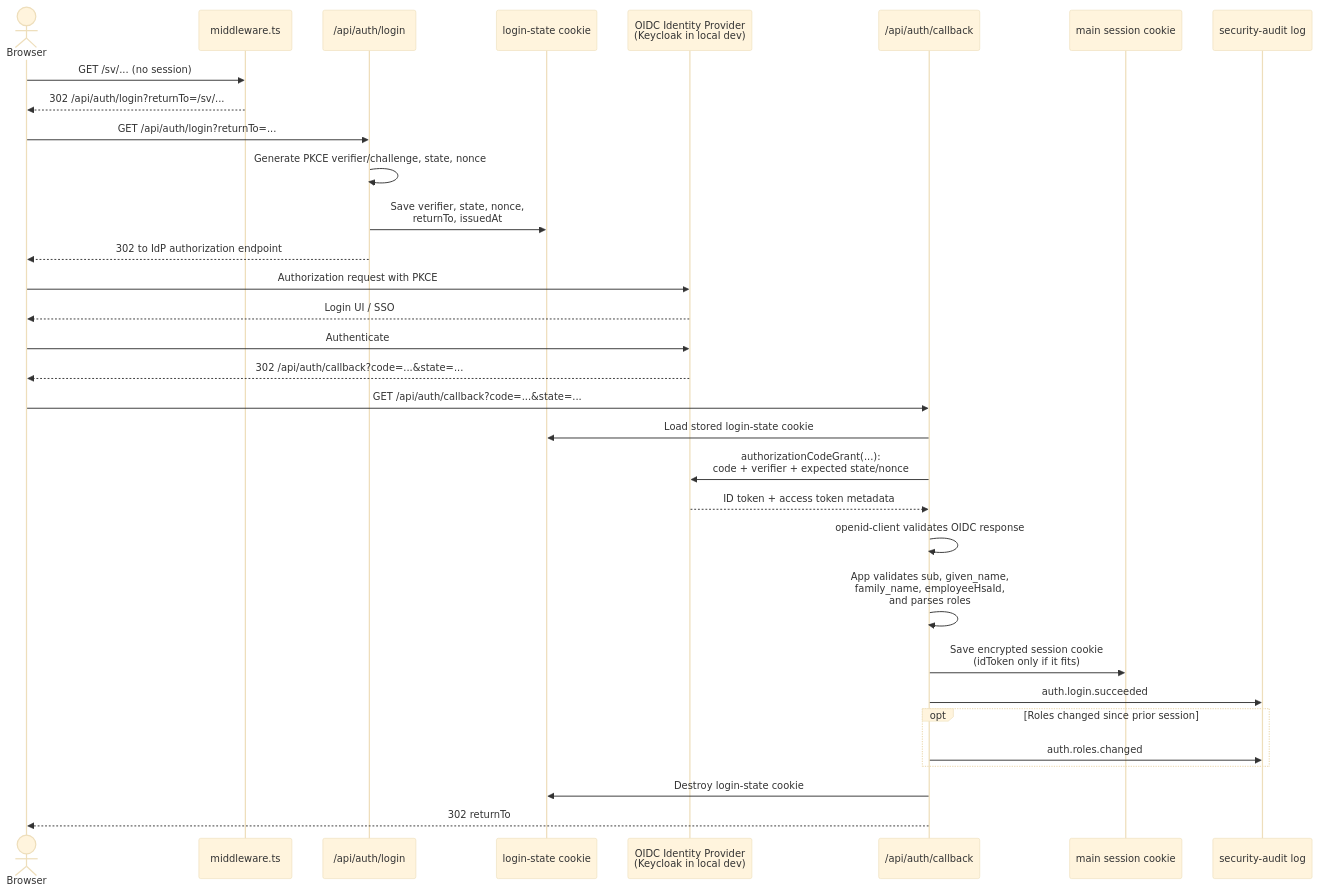
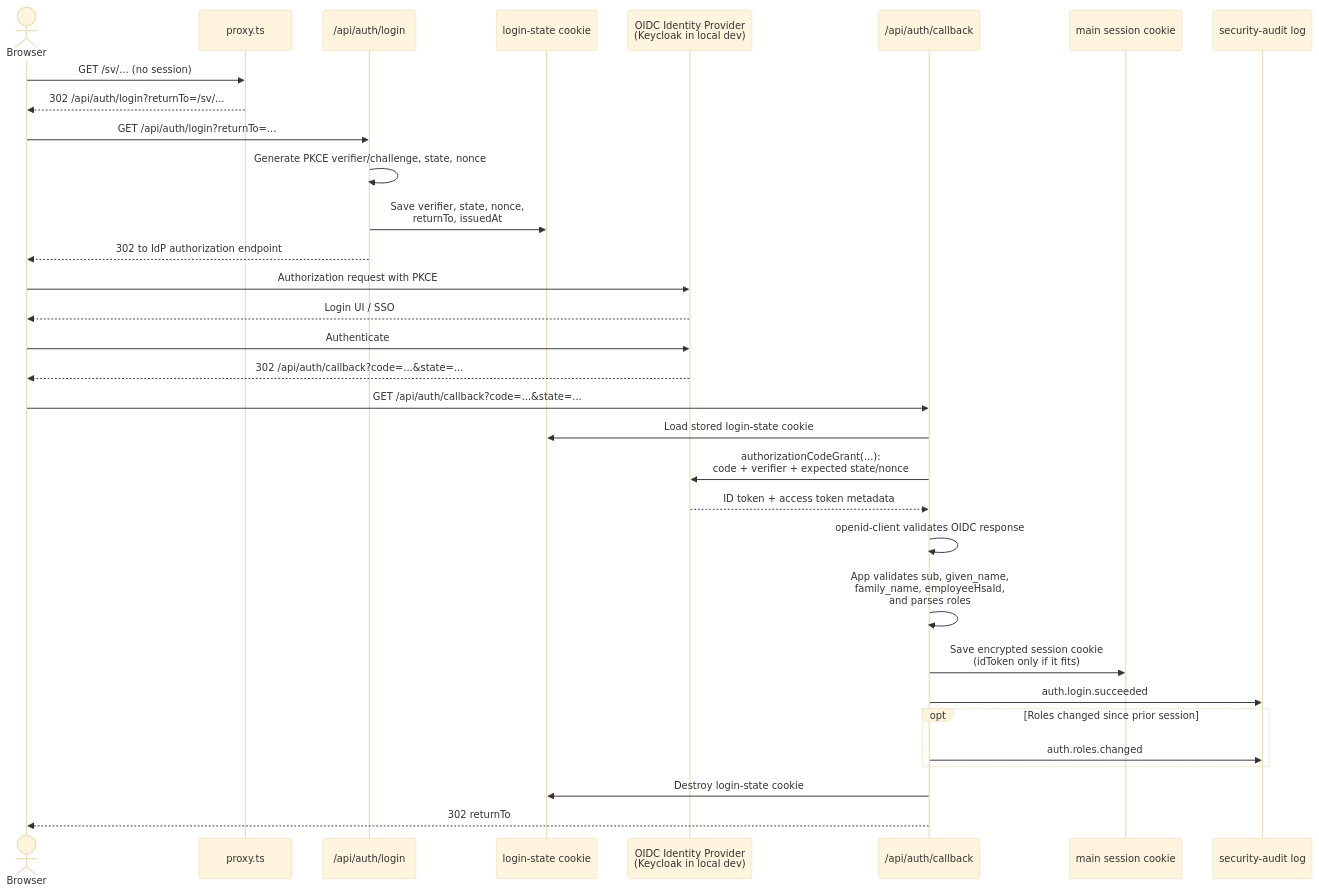
Before and after one commit to viscalyx/Kravhantering: the first of 3 diagrams in docs/auth-how-it-works.md, drawn with Mermaid (base theme). The commit also changed other lines of this file and 85 other files, not shown here.

````diff
--- a/docs/auth-how-it-works.md
+++ b/docs/auth-how-it-works.md
@@ -56,38 +56,38 @@
 ```mermaid
 sequenceDiagram
     actor Browser
-    participant Middleware as middleware.ts
+    participant Proxy as proxy.ts
     participant Login as /api/auth/login
     participant LoginState as login-state cookie
     participant IdP as OIDC Identity Provider<br/>(Keycloak in local dev)
     participant Callback as /api/auth/callback
     participant Session as main session cookie
     participant Audit as security-audit log
 
-    Browser->>Middleware: GET /sv/... (no session)
-    Middleware-->>Browser: 302 /api/auth/login?returnTo=/sv/...
+    Browser->>Proxy: GET /sv/... (no session)
+    Proxy-->>Browser: 302 /api/auth/login?returnTo=/sv/...
 
     Browser->>Login: GET /api/auth/login?returnTo=...
     Login->>Login: Generate PKCE verifier/challenge, state, nonce
     Login->>LoginState: Save verifier, state, nonce,<br/>returnTo, issuedAt
     Login-->>Browser: 302 to IdP authorization endpoint
 
     Browser->>IdP: Authorization request with PKCE
     IdP-->>Browser: Login UI / SSO
     Browser->>IdP: Authenticate
     IdP-->>Browser: 302 /api/auth/callback?code=...&state=...
 
     Browser->>Callback: GET /api/auth/callback?code=...&state=...
     Callback->>LoginState: Load stored login-state cookie
     Callback->>IdP: authorizationCodeGrant(...):<br/>code + verifier + expected state/nonce
     IdP-->>Callback: ID token + access token metadata
     Callback->>Callback: openid-client validates OIDC response
     Callback->>Callback: App validates sub, given_name,<br/>family_name, employeeHsaId,<br/>and parses roles
     Callback->>Session: Save encrypted session cookie<br/>(idToken only if it fits)
     Callback->>Audit: auth.login.succeeded
     opt Roles changed since prior session
         Callback->>Audit: auth.roles.changed
     end
     Callback->>LoginState: Destroy login-state cookie
     Callback-->>Browser: 302 returnTo
 ```
````
